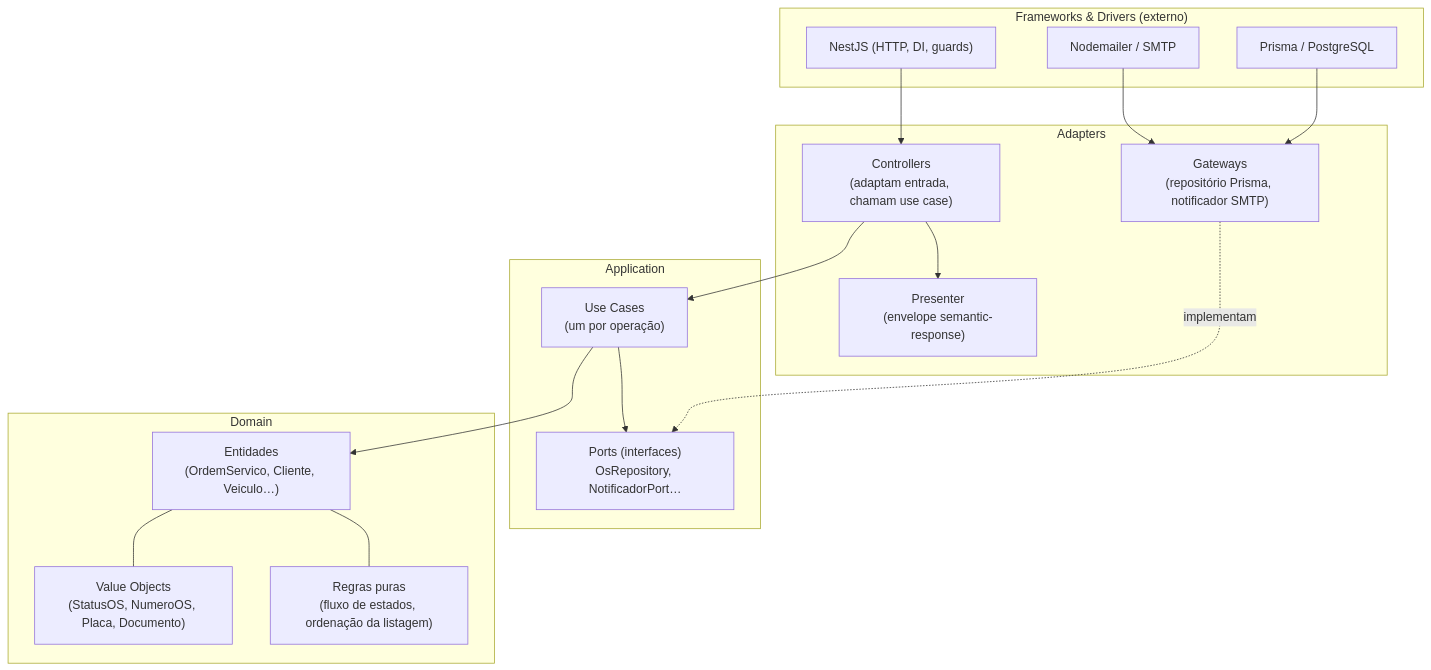
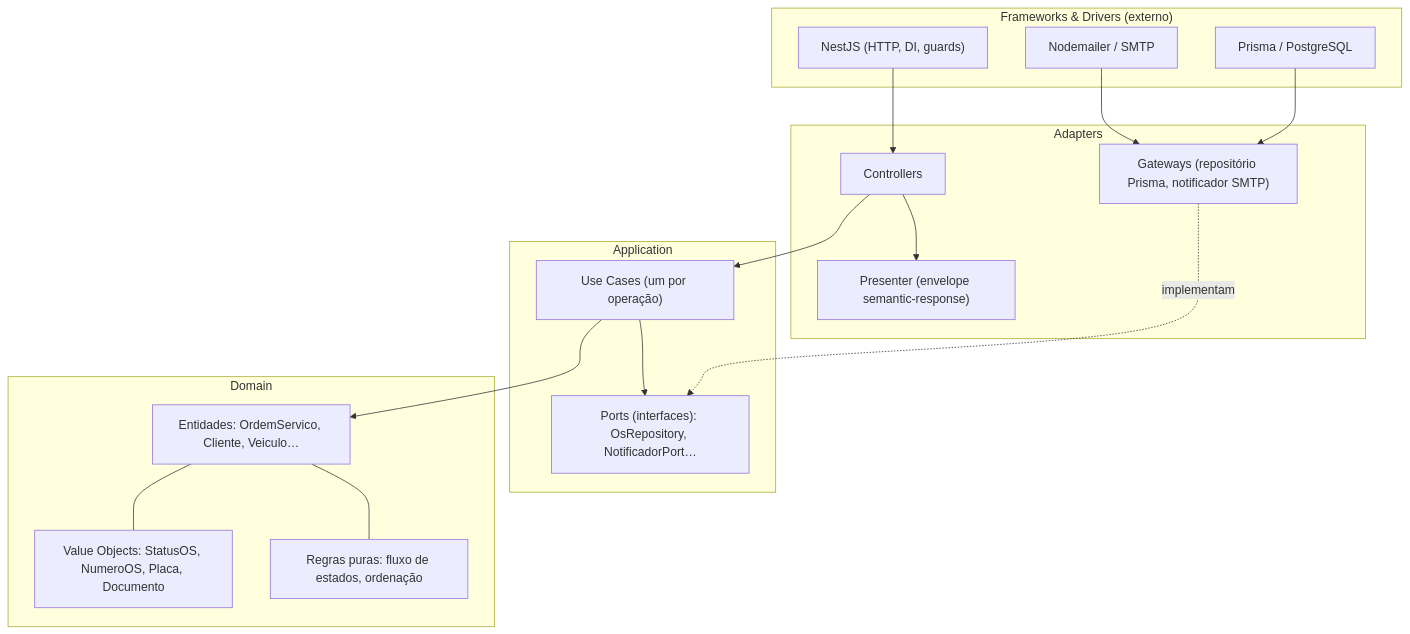
One commit to FIAP-POS-TECH-SOFTWARE-ARCHITECTURE/tc-oficina-app changed the first of 2 diagrams in README.md. Above: the diagram before and after it, drawn with Mermaid. The commit also changed other lines of this file and 3 other files, not shown here.

````diff
--- a/README.md
+++ b/README.md
@@ -31,33 +55,33 @@
 ```mermaid
 flowchart TD
     subgraph FD["Frameworks & Drivers (externo)"]
         NEST["NestJS (HTTP, DI, guards)"]
         PRISMA["Prisma / PostgreSQL"]
         SMTP["Nodemailer / SMTP"]
     end
     subgraph AD["Adapters"]
-        CTRL["Controllers<br/>(adaptam entrada, chamam use case)"]
-        PRES["Presenter<br/>(envelope semantic-response)"]
-        GW["Gateways<br/>(repositório Prisma, notificador SMTP)"]
+        CTRL["Controllers"]
+        PRES["Presenter (envelope semantic-response)"]
+        GW["Gateways (repositório Prisma, notificador SMTP)"]
     end
     subgraph AP["Application"]
-        UC["Use Cases<br/>(um por operação)"]
-        PORTS["Ports (interfaces)<br/>OsRepository, NotificadorPort…"]
+        UC["Use Cases (um por operação)"]
+        PORTS["Ports (interfaces): OsRepository, NotificadorPort…"]
     end
     subgraph DM["Domain"]
-        ENT["Entidades<br/>(OrdemServico, Cliente, Veiculo…)"]
-        VO["Value Objects<br/>(StatusOS, NumeroOS, Placa, Documento)"]
-        REGRAS["Regras puras<br/>(fluxo de estados, ordenação da listagem)"]
+        ENT["Entidades: OrdemServico, Cliente, Veiculo…"]
+        VO["Value Objects: StatusOS, NumeroOS, Placa, Documento"]
+        REGRAS["Regras puras: fluxo de estados, ordenação"]
     end
 
     NEST --> CTRL
     CTRL --> UC
     CTRL --> PRES
     GW -. implementam .-> PORTS
     PRISMA --> GW
     SMTP --> GW
     UC --> PORTS
     UC --> ENT
     ENT --- VO
     ENT --- REGRAS
 ```
````
